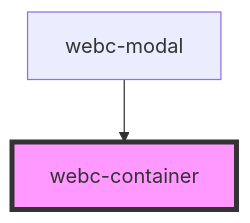
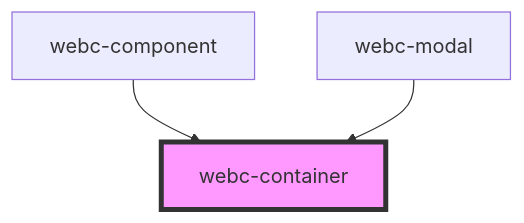
The diagram in docs/readme/components/webc-container/readme.md (webcardinal/webcardinal-core), drawn with Mermaid before and after one commit. The commit also changed other lines of this file and 10 other files, not shown here.

````diff
--- a/docs/readme/components/webc-container/readme.md
+++ b/docs/readme/components/webc-container/readme.md
@@ -54,5 +57,6 @@
 ```mermaid
 graph TD;
+  webc-component --> webc-container
   webc-modal --> webc-container
   style webc-container fill:#f9f,stroke:#333,stroke-width:4px
 ```
````
